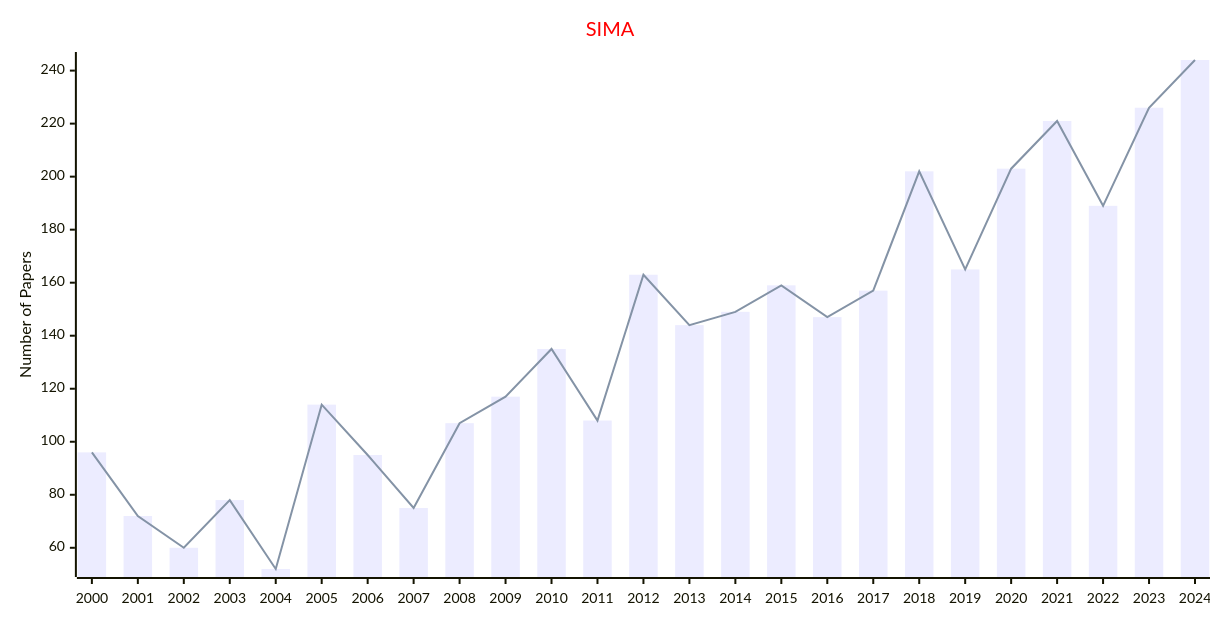
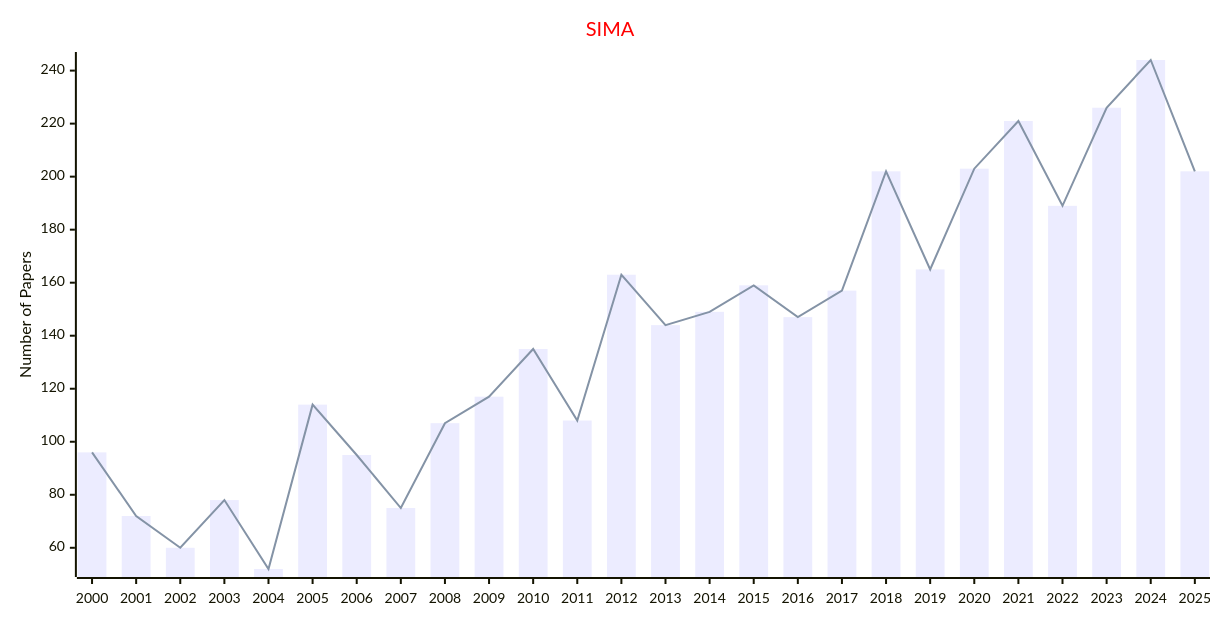
Before and after one commit to Easy-PhD/AILinks: the second of 2 diagrams in docs/data/Journals/Statistics_Journals/Mathematical_Analysis.md, drawn with Mermaid. The commit also changed 93 other files, not shown here.

````diff
--- a/docs/data/Journals/Statistics_Journals/Mathematical_Analysis.md
+++ b/docs/data/Journals/Statistics_Journals/Mathematical_Analysis.md
@@ -33,17 +33,17 @@
 ```mermaid
 ---
 config:
     xyChart:
         width: 1200
         height: 600
     themeVariables:
         xyChart:
             titleColor: "#ff0000"
 ---
 xychart-beta
     title "SIMA"
-    x-axis [2000, 2001, 2002, 2003, 2004, 2005, 2006, 2007, 2008, 2009, 2010, 2011, 2012, 2013, 2014, 2015, 2016, 2017, 2018, 2019, 2020, 2021, 2022, 2023, 2024]
+    x-axis [2000, 2001, 2002, 2003, 2004, 2005, 2006, 2007, 2008, 2009, 2010, 2011, 2012, 2013, 2014, 2015, 2016, 2017, 2018, 2019, 2020, 2021, 2022, 2023, 2024, 2025]
     y-axis "Number of Papers"
-    bar [96, 72, 60, 78, 52, 114, 95, 75, 107, 117, 135, 108, 163, 144, 149, 159, 147, 157, 202, 165, 203, 221, 189, 226, 244]
-    line [96, 72, 60, 78, 52, 114, 95, 75, 107, 117, 135, 108, 163, 144, 149, 159, 147, 157, 202, 165, 203, 221, 189, 226, 244]
+    bar [96, 72, 60, 78, 52, 114, 95, 75, 107, 117, 135, 108, 163, 144, 149, 159, 147, 157, 202, 165, 203, 221, 189, 226, 244, 202]
+    line [96, 72, 60, 78, 52, 114, 95, 75, 107, 117, 135, 108, 163, 144, 149, 159, 147, 157, 202, 165, 203, 221, 189, 226, 244, 202]
 ```
````
